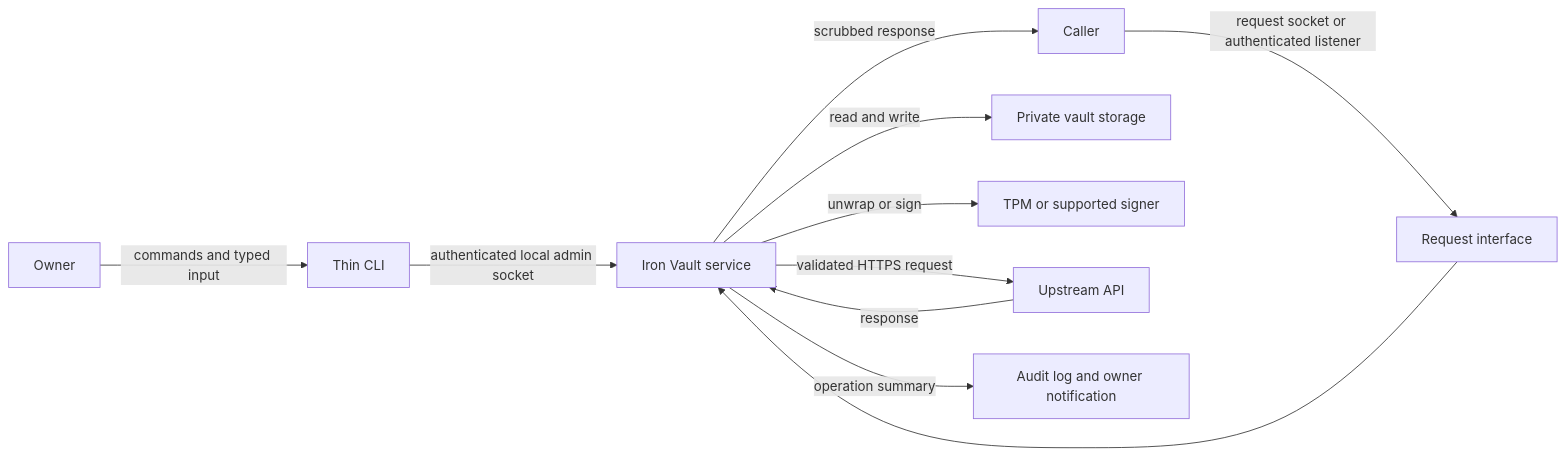
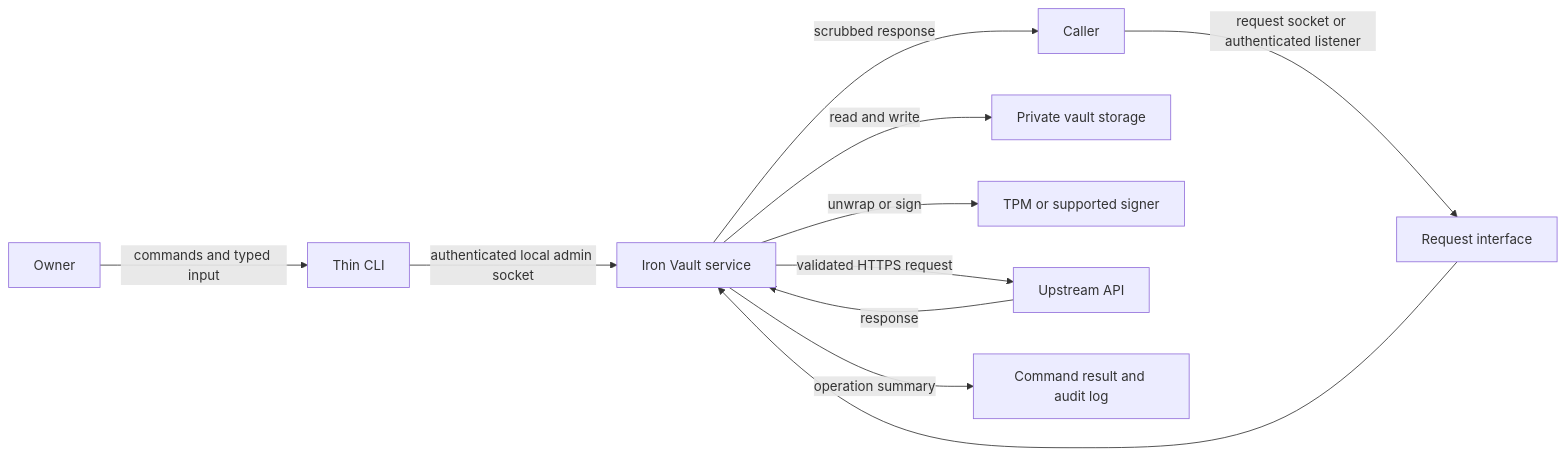
Before and after one commit to CjS77/iron-vault: the first of 7 diagrams in design/iron-vault-specification.md, drawn with Mermaid. The commit also changed other lines of this file and 1 other file, not shown here.

First line of the commit message:
docs(spec): place owner notifications after v0

````diff
--- a/design/iron-vault-specification.md
+++ b/design/iron-vault-specification.md
@@ -183,13 +183,13 @@
 ```mermaid
 flowchart LR
     Owner[Owner] -->|commands and typed input| CLI[Thin CLI]
     CLI -->|authenticated local admin socket| Service[Iron Vault service]
     Caller[Caller] -->|request socket or authenticated listener| Edge[Request interface]
     Edge --> Service
     Service -->|read and write| Vault[Private vault storage]
     Service -->|unwrap or sign| Device[TPM or supported signer]
     Service -->|validated HTTPS request| API[Upstream API]
     API -->|response| Service
     Service -->|scrubbed response| Caller
-    Service -->|operation summary| Audit[Audit log and owner notification]
+    Service -->|operation summary| Audit[Command result and audit log]
 ```
````
